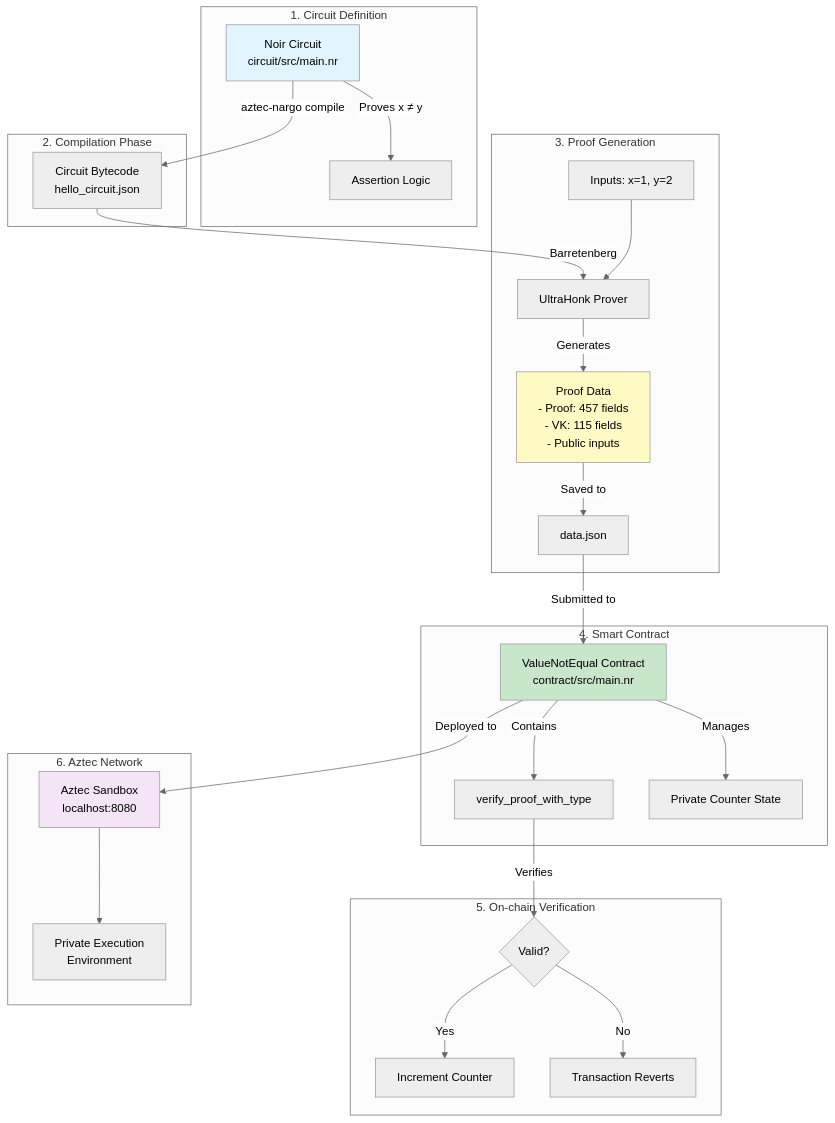
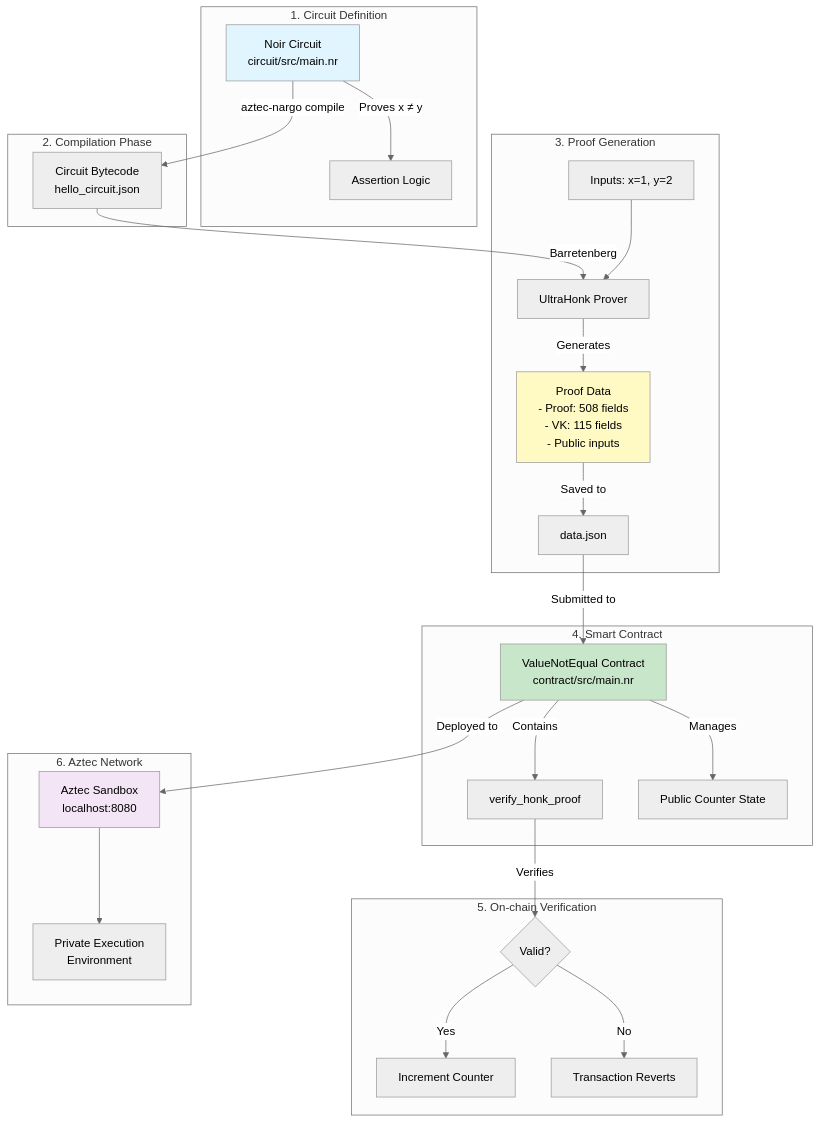
The first of 2 diagrams in recursive_verification/EXPLAINER.md (AztecProtocol/aztec-examples), drawn with Mermaid (neutral theme) before and after one commit. The commit also changed other lines of this file and 12 other files, not shown here.

````diff
--- a/recursive_verification/EXPLAINER.md
+++ b/recursive_verification/EXPLAINER.md
@@ -20,44 +20,44 @@
 ```mermaid
 
 flowchart TB
     subgraph "1. Circuit Definition"
         NC[Noir Circuit<br/>circuit/src/main.nr]
         NC -->|Proves x ≠ y| PROOF_LOGIC[Assertion Logic]
     end
 
     subgraph "2. Compilation Phase"
         NC -->|aztec-nargo compile| BYTECODE[Circuit Bytecode<br/>hello_circuit.json]
     end
 
     subgraph "3. Proof Generation"
         BYTECODE -->|Barretenberg| PROVER[UltraHonk Prover]
         INPUTS[Inputs: x=1, y=2] --> PROVER
-        PROVER -->|Generates| PROOF_DATA[Proof Data<br/>- Proof: 457 fields<br/>- VK: 115 fields<br/>- Public inputs]
+        PROVER -->|Generates| PROOF_DATA[Proof Data<br/>- Proof: 508 fields<br/>- VK: 115 fields<br/>- Public inputs]
         PROOF_DATA -->|Saved to| JSON[data.json]
     end
 
     subgraph "4. Smart Contract"
         CONTRACT[ValueNotEqual Contract<br/>contract/src/main.nr]
-        CONTRACT -->|Contains| VERIFY[verify_proof_with_type]
-        CONTRACT -->|Manages| STATE[Private Counter State]
+        CONTRACT -->|Contains| VERIFY[verify_honk_proof]
+        CONTRACT -->|Manages| STATE[Public Counter State]
     end
 
     subgraph "5. On-chain Verification"
         JSON -->|Submitted to| CONTRACT
         VERIFY -->|Verifies| RESULT{Valid?}
         RESULT -->|Yes| INCREMENT[Increment Counter]
         RESULT -->|No| FAIL[Transaction Reverts]
     end
 
     subgraph "6. Aztec Network"
         SANDBOX[Aztec Sandbox<br/>localhost:8080]
         PXE[Private Execution<br/>Environment]
         SANDBOX --> PXE
         CONTRACT -->|Deployed to| SANDBOX
     end
 
     style NC fill:#e1f5fe
     style CONTRACT fill:#c8e6c9
     style PROOF_DATA fill:#fff9c4
     style SANDBOX fill:#f3e5f5
 ```
````
